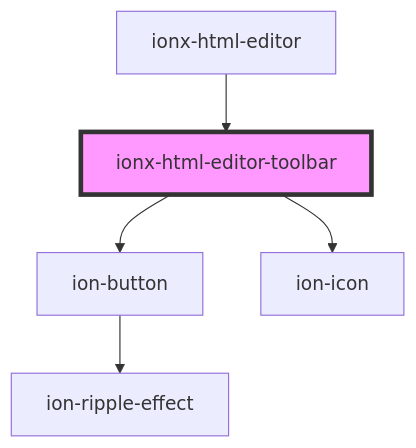
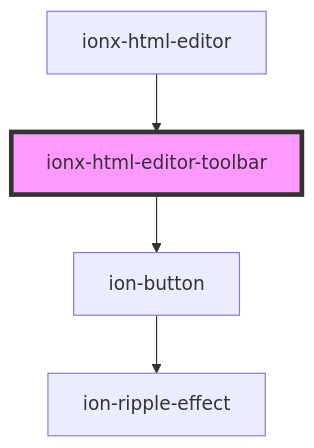
Before and after one commit to co-mmons/ionx: the diagram in modules/HtmlEditor/src/readme.md, drawn with Mermaid. The commit also changed other lines of this file and 12 other files, not shown here.

````diff
--- a/modules/HtmlEditor/src/readme.md
+++ b/modules/HtmlEditor/src/readme.md
@@ -27,8 +26,7 @@
 ```mermaid
 graph TD;
   ionx-html-editor-toolbar --> ion-button
-  ionx-html-editor-toolbar --> ion-icon
   ion-button --> ion-ripple-effect
   ionx-html-editor --> ionx-html-editor-toolbar
   style ionx-html-editor-toolbar fill:#f9f,stroke:#333,stroke-width:4px
 ```
````
